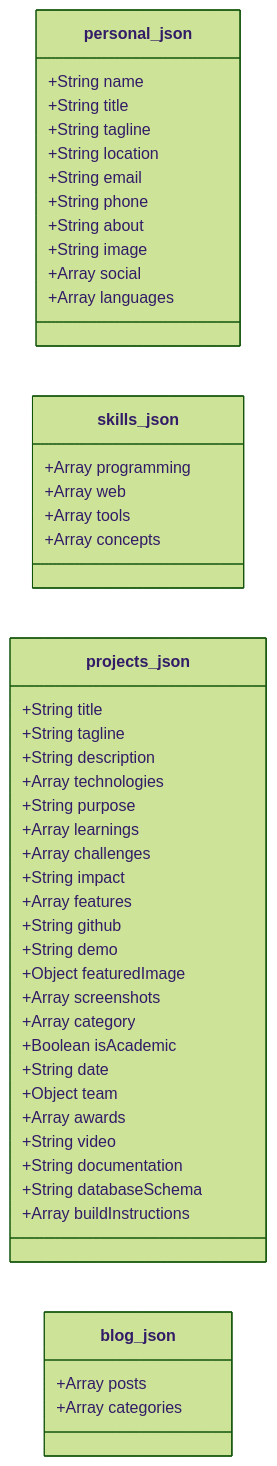
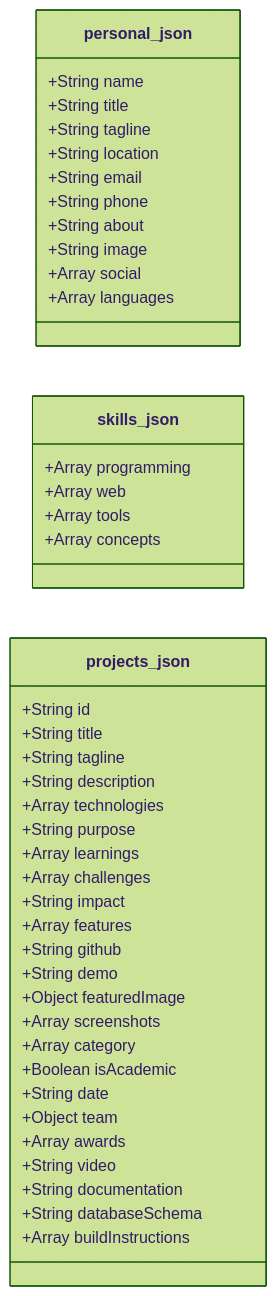
Before and after one commit to Asadullah-Imran/asadullah-imran.github.io: the first of 2 diagrams in portfolio-breakdown.md, drawn with Mermaid (forest theme). The commit also changed other lines of this file and 9 other files, not shown here.

Commit message:
refactor: remove blog and resume pages to simplify portfolio routing and architecture

````diff
--- a/portfolio-breakdown.md
+++ b/portfolio-breakdown.md
@@ -53,50 +68,47 @@
 ```mermaid
 classDiagram
     direction LR
     class personal_json {
         +String name
         +String title
         +String tagline
         +String location
         +String email
         +String phone
         +String about
         +String image
         +Array social
         +Array languages
     }
     class skills_json {
         +Array programming
         +Array web
         +Array tools
         +Array concepts
     }
     class projects_json {
+        +String id
         +String title
         +String tagline
         +String description
         +Array technologies
         +String purpose
         +Array learnings
         +Array challenges
         +String impact
         +Array features
         +String github
         +String demo
         +Object featuredImage
         +Array screenshots
         +Array category
         +Boolean isAcademic
         +String date
         +Object team
         +Array awards
         +String video
         +String documentation
         +String databaseSchema
         +Array buildInstructions
     }
-    class blog_json {
-        +Array posts
-        +Array categories
-    }
 ```
````
